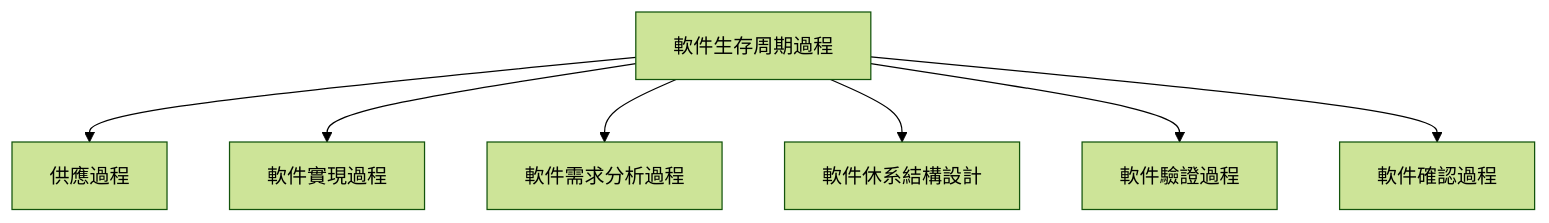
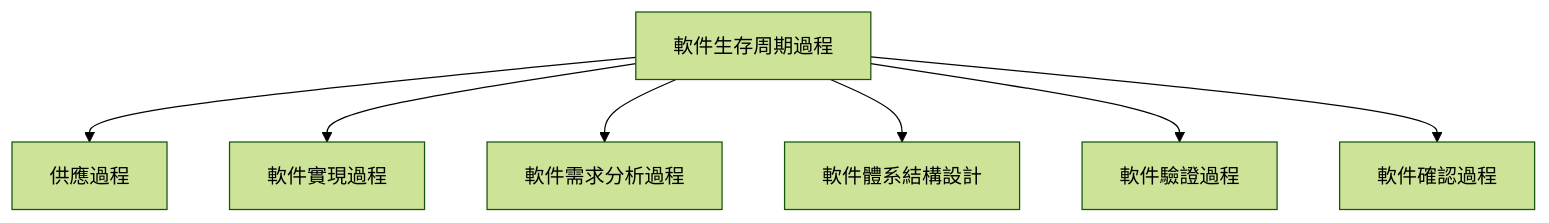
Diagram 12 of 14 in _posts/2022-07-04-02333-software_engineer.md (chchoiw/chchoiw.github.io), drawn with Mermaid (forest theme) before and after one commit. The commit also changed other lines of this file, not shown here.

````diff
--- a/_posts/2022-07-04-02333-software_engineer.md
+++ b/_posts/2022-07-04-02333-software_engineer.md
@@ -1123,18 +1123,18 @@
 ```mermaid
 graph TB
 
 id1[軟件生存周期過程]
 id2[供應過程]
 id3[軟件實現過程]
 id4[軟件需求分析過程]
-id5[軟件休系結構設計]
+id5[軟件體系結構設計]
 id6[軟件驗證過程]
 id7[軟件確認過程]
 
 id1-->id2
 id1-->id3
 id1-->id4
 id1-->id5
 id1-->id6
 id1-->id7
 ```
````
